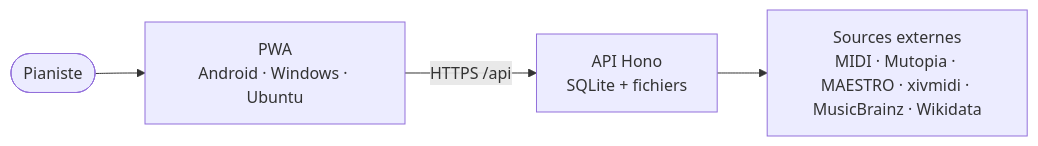
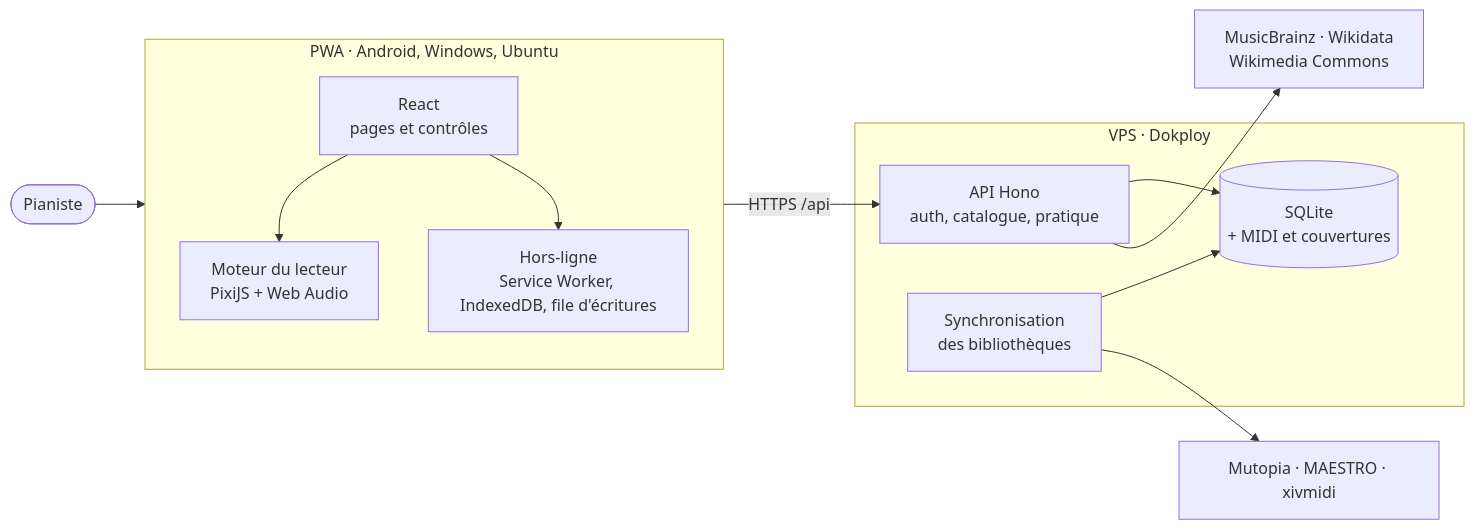
One commit to Pierre-gaillard-dev/open-keys changed the diagram in README.md. Above: the diagram before and after it, drawn with Mermaid. The commit also changed other lines of this file and 8 other files, not shown here.

````diff
--- a/README.md
+++ b/README.md
@@ -48,6 +68,26 @@
 ```mermaid
 flowchart LR
-  U(["Pianiste"]) --> APP["PWA<br/>Android · Windows · Ubuntu"]
-  APP -->|"HTTPS /api"| API["API Hono<br/>SQLite + fichiers"]
-  API --> EXT["Sources externes<br/>MIDI · Mutopia · MAESTRO · xivmidi · MusicBrainz · Wikidata"]
+  U(["Pianiste"]) --> APP
+
+  subgraph APP["PWA · Android, Windows, Ubuntu"]
+    direction TB
+    UI["React<br/>pages et contrôles"]
+    ENG["Moteur du lecteur<br/>PixiJS + Web Audio"]
+    OFF["Hors-ligne<br/>Service Worker, IndexedDB, file d'écritures"]
+    UI --> ENG
+    UI --> OFF
+  end
+
+  APP -->|"HTTPS /api"| API
+
+  subgraph SRV["VPS · Dokploy"]
+    API["API Hono<br/>auth, catalogue, pratique"]
+    DB[("SQLite<br/>+ MIDI et couvertures")]
+    SYNC["Synchronisation<br/>des bibliothèques"]
+    API --> DB
+    SYNC --> DB
+  end
+
+  SYNC --> LIBS["Mutopia · MAESTRO · xivmidi"]
+  API --> COV["MusicBrainz · Wikidata<br/>Wikimedia Commons"]
 ```
````
